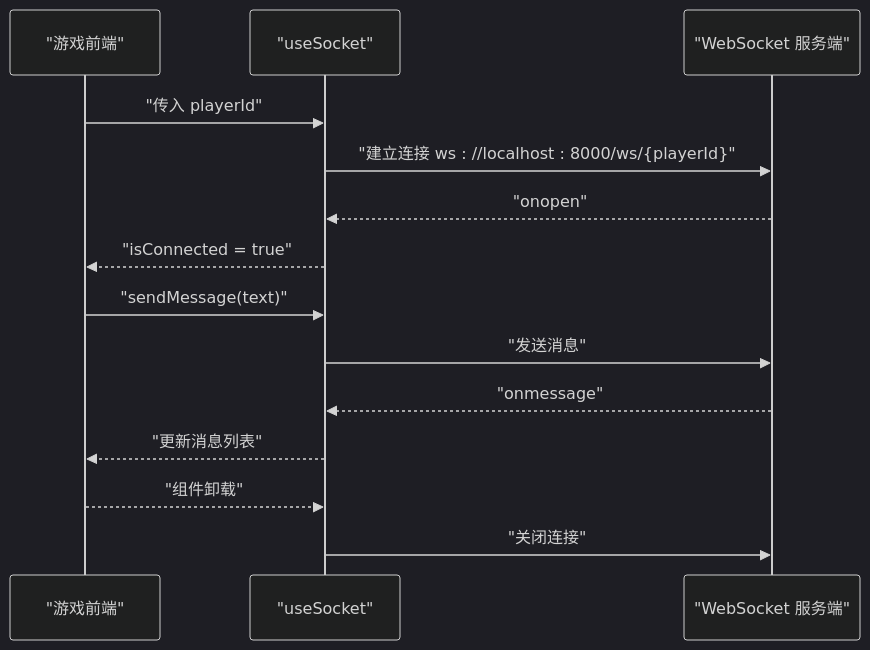
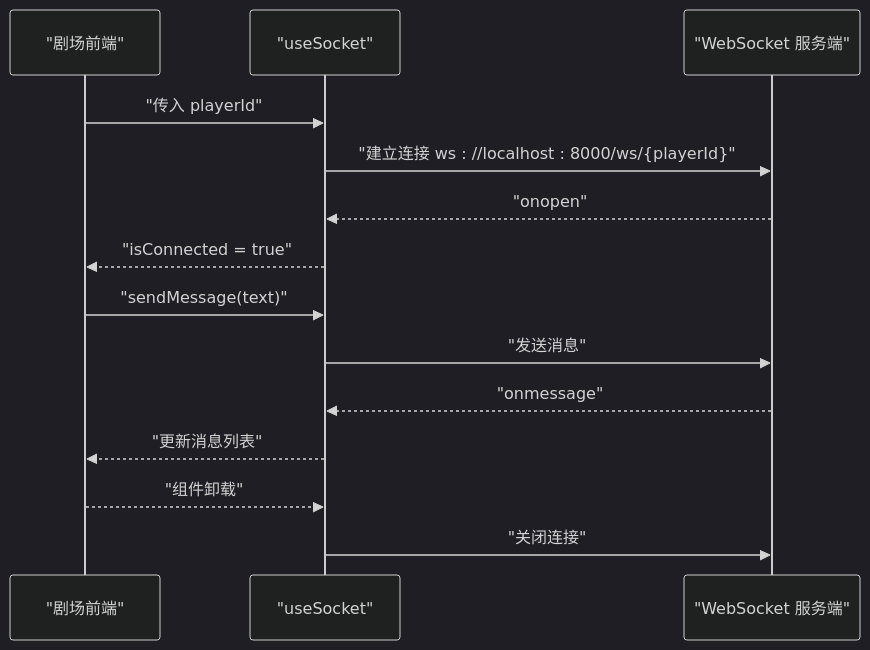
One commit to KunLabAI/KunFlix changed the eighth of 9 diagrams in .qoder/repowiki/zh/content/系统架构/整体设计.md. Above: the diagram before and after it, drawn with Mermaid (dark theme). The commit also changed other lines of this file and 112 other files, not shown here.

````diff
--- a/.qoder/repowiki/zh/content/系统架构/整体设计.md
+++ b/.qoder/repowiki/zh/content/系统架构/整体设计.md
@@ -362,16 +362,16 @@
 ```mermaid
 sequenceDiagram
-participant FE as "游戏前端"
+participant FE as "剧场前端"
 participant Hook as "useSocket"
 participant WS as "WebSocket 服务端"
 FE->>Hook : "传入 playerId"
 Hook->>WS : "建立连接 ws : //localhost : 8000/ws/{playerId}"
 WS-->>Hook : "onopen"
 Hook-->>FE : "isConnected = true"
 FE->>Hook : "sendMessage(text)"
 Hook->>WS : "发送消息"
 WS-->>Hook : "onmessage"
 Hook-->>FE : "更新消息列表"
 FE-->>Hook : "组件卸载"
 Hook->>WS : "关闭连接"
 ```
````
